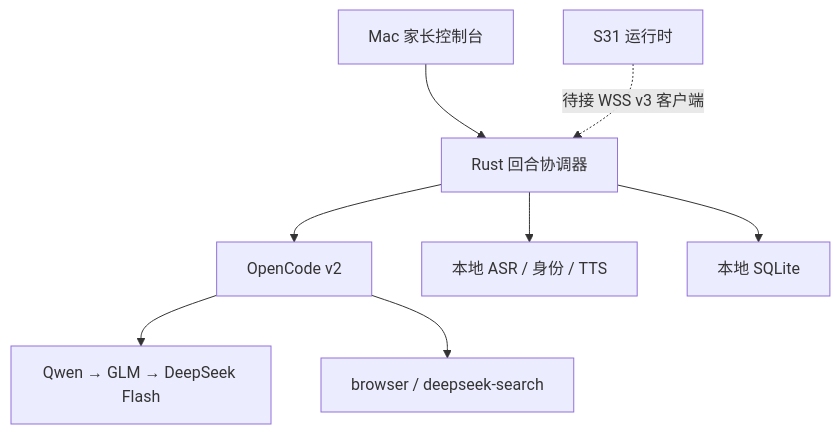
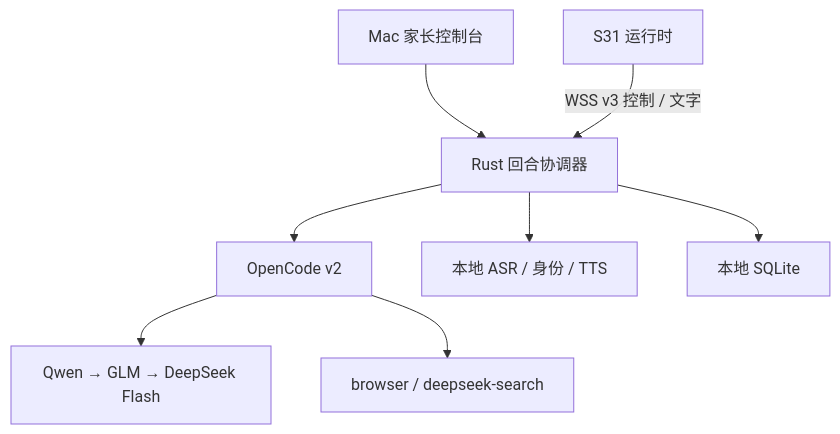
The diagram in docs/mac-bot-server.md (JasonGuoo/esp-bot), drawn with Mermaid before and after one commit. The commit also changed other lines of this file and 32 other files, not shown here.

````diff
--- a/docs/mac-bot-server.md
+++ b/docs/mac-bot-server.md
@@ -25,10 +30,10 @@
 ```mermaid
 flowchart TB
   Console["Mac 家长控制台"] --> Brain["Rust 回合协调器"]
-  Device["S31 运行时"] -. "待接 WSS v3 客户端" .-> Brain
+  Device["S31 运行时"] -->|"WSS v3 控制 / 文字"| Brain
   Brain --> Harness["OpenCode v2"]
   Brain --> Local["本地 ASR / 身份 / TTS"]
   Brain --> Memory["本地 SQLite"]
   Harness --> Routes["Qwen → GLM → DeepSeek Flash"]
   Harness --> Tools["browser / deepseek-search"]
 ```
````
